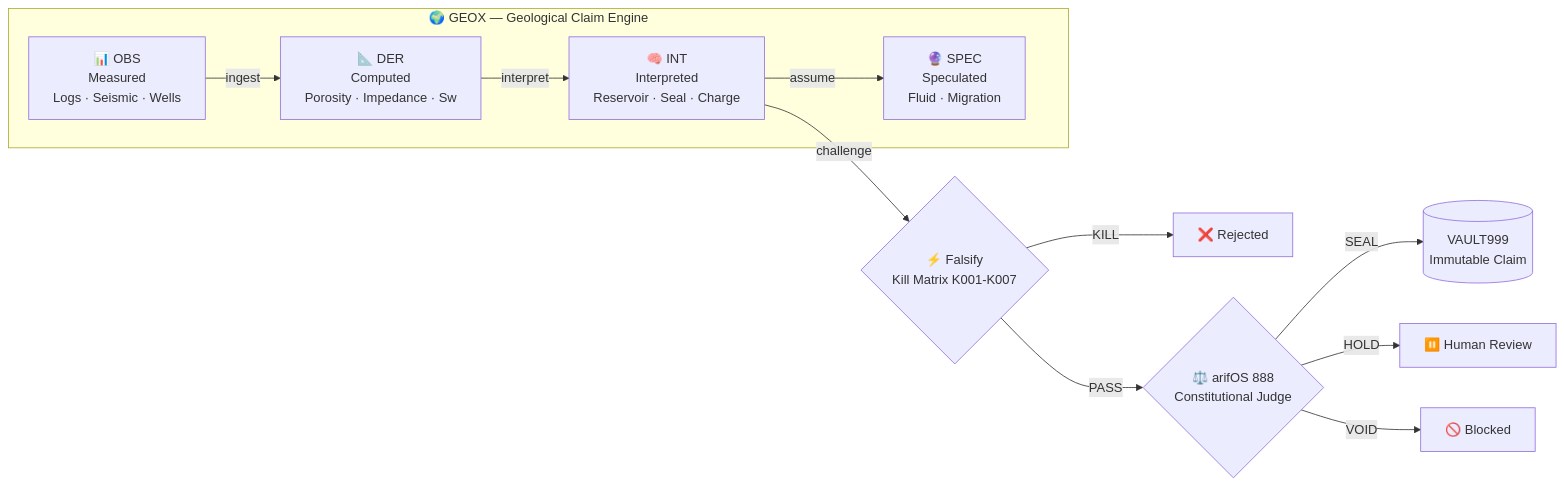
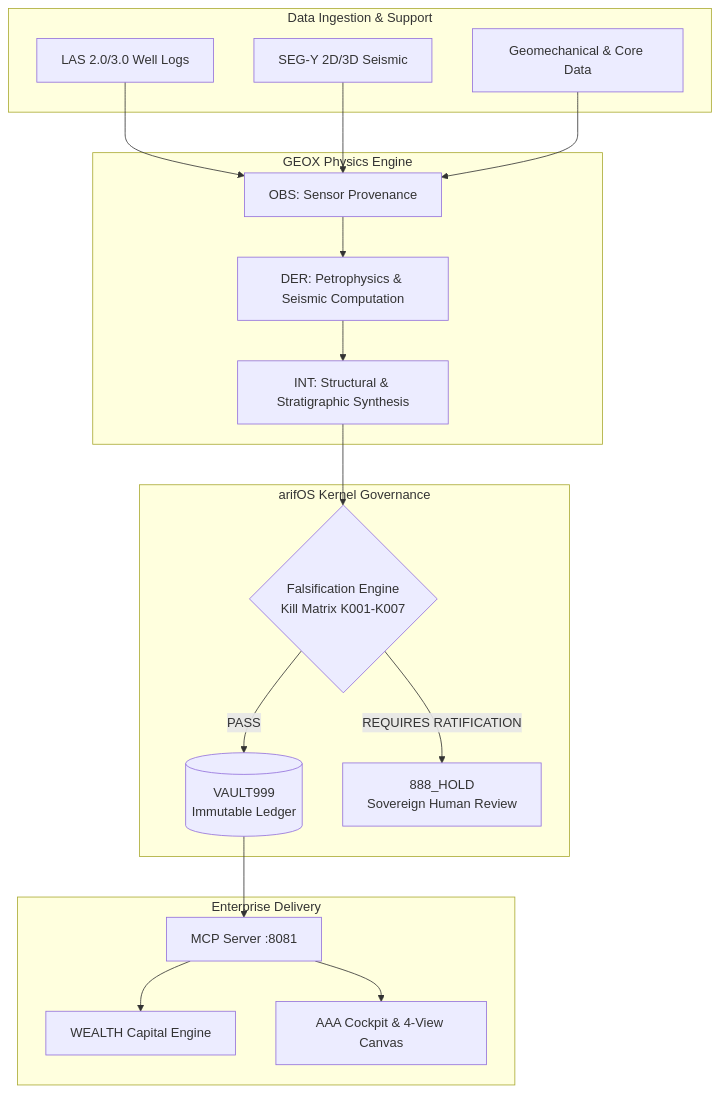
One commit to ariffazil/GEOX changed the diagram in README.md. Above: the diagram before and after it, drawn with Mermaid. The commit also changed other lines of this file, not shown here.

Commit message:
docs: refactor GEOX README into corporate-ready enterprise technical specification

````diff
--- a/README.md
+++ b/README.md
@@ -68,14 +44,38 @@
 ```mermaid
-graph LR
-    subgraph GEOX [🌍 GEOX — Geological Claim Engine]
-        OBS[📊 OBS<br/>Measured<br/>Logs · Seismic · Wells] -->|ingest| DER[📐 DER<br/>Computed<br/>Porosity · Impedance · Sw]
-        DER -->|interpret| INT[🧠 INT<br/>Interpreted<br/>Reservoir · Seal · Charge]
-        INT -->|assume| SPEC[🔮 SPEC<br/>Speculated<br/>Fluid · Migration]
+graph TD
+    subgraph Data Layer [Data Ingestion & Support]
+        LAS[LAS 2.0/3.0 Well Logs]
+        SEGY[SEG-Y 2D/3D Seismic]
+        GEO[Geomechanical & Core Data]
     end
-    INT -->|challenge| FALSIFY{⚡ Falsify<br/>Kill Matrix K001-K007}
-    FALSIFY -->|KILL| REJECT[❌ Rejected]
-    FALSIFY -->|PASS| JUDGE{⚖️ arifOS 888<br/>Constitutional Judge}
-    JUDGE -->|SEAL| VAULT[(VAULT999<br/>Immutable Claim)]
-    JUDGE -->|HOLD| REVIEW[⏸️ Human Review]
-    JUDGE -->|VOID| BLOCK[🚫 Blocked]
+
+    subgraph Core Engine [GEOX Physics Engine]
+        OBS[OBS: Sensor Provenance]
+        DER[DER: Petrophysics & Seismic Computation]
+        INT[INT: Structural & Stratigraphic Synthesis]
+    end
+
+    subgraph Governance & Audit [arifOS Kernel Governance]
+        FALSIFY{Falsification Engine<br/>Kill Matrix K001-K007}
+        VAULT[(VAULT999<br/>Immutable Ledger)]
+        HOLD[888_HOLD<br/>Sovereign Human Review]
+    end
+
+    subgraph Output Layer [Enterprise Delivery]
+        MCP[MCP Server :8081]
+        WEALTH[WEALTH Capital Engine]
+        UI[AAA Cockpit & 4-View Canvas]
+    end
+
+    LAS --> OBS
+    SEGY --> OBS
+    GEO --> OBS
+    OBS --> DER
+    DER --> INT
+    INT --> FALSIFY
+    FALSIFY -->|PASS| VAULT
+    FALSIFY -->|REQUIRES RATIFICATION| HOLD
+    VAULT --> MCP
+    MCP --> WEALTH
+    MCP --> UI
 ```
````
